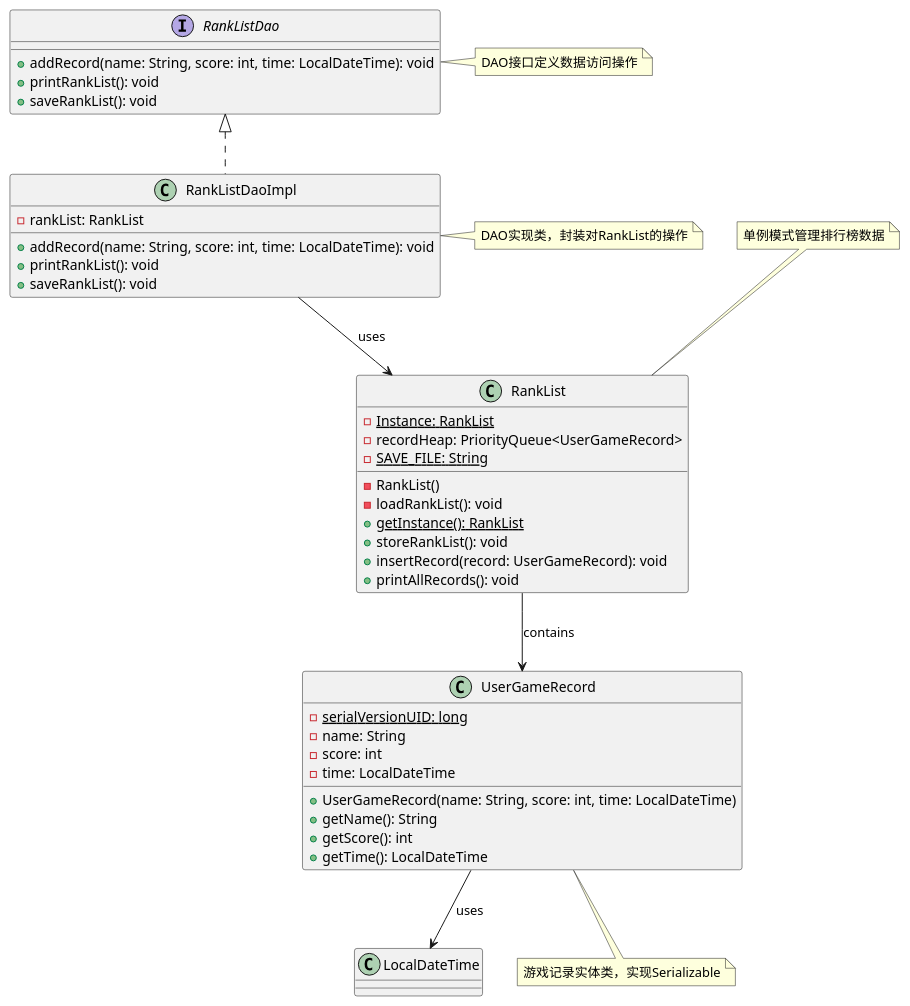
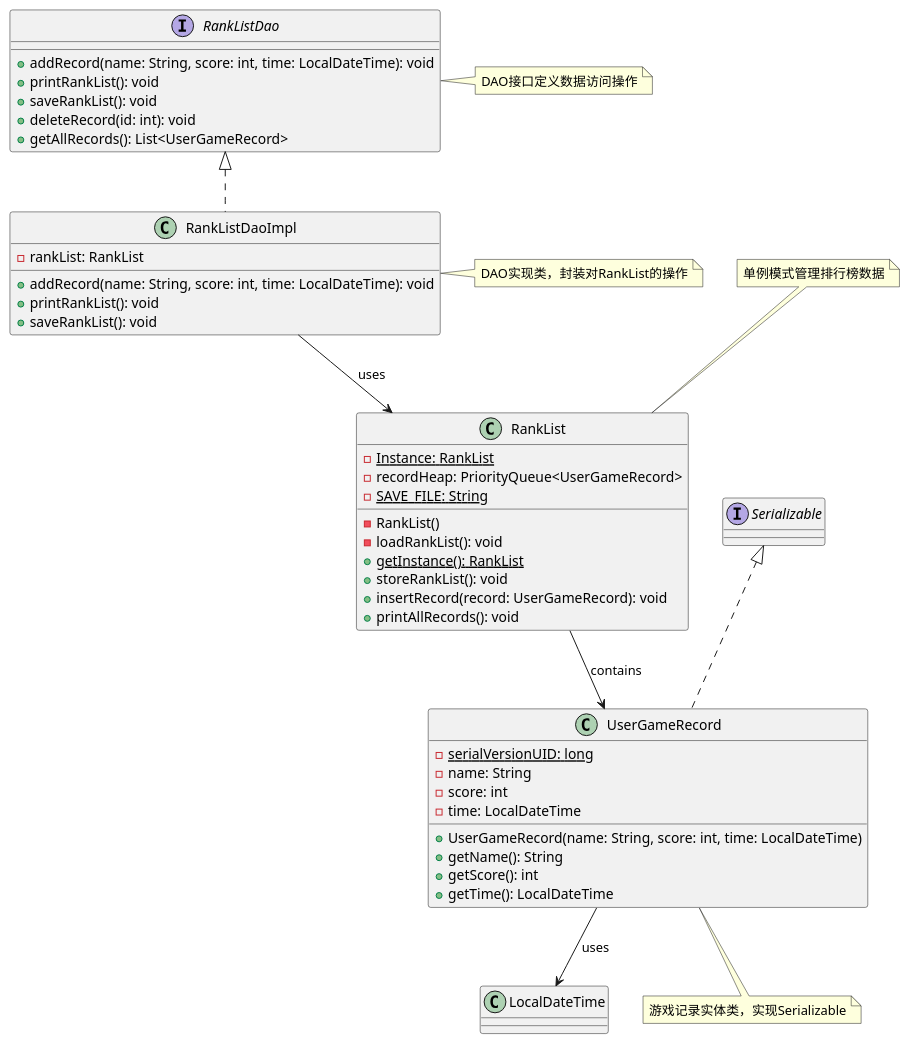
The diagram in uml/RankListDAOPattern.puml (lxtf1216/AircraftWar), drawn with PlantUML before and after one commit. The commit also changed 6 other files, not shown here.

```diff
--- a/uml/RankListDAOPattern.puml
+++ b/uml/RankListDAOPattern.puml
@@ -1,52 +1,54 @@
 @startuml RankListDAO模式类图
 
 interface RankListDao {
     + addRecord(name: String, score: int, time: LocalDateTime): void
     + printRankList(): void
     + saveRankList(): void
+    + deleteRecord(id: int): void
+    + getAllRecords(): List<UserGameRecord>
 }
 
 class RankListDaoImpl {
     - rankList: RankList
     + addRecord(name: String, score: int, time: LocalDateTime): void
     + printRankList(): void
     + saveRankList(): void
 }
 
 class RankList {
     - {static} Instance: RankList
     - recordHeap: PriorityQueue<UserGameRecord>
     - {static} SAVE_FILE: String
     - RankList()
     - loadRankList(): void
     + {static} getInstance(): RankList
     + storeRankList(): void
     + insertRecord(record: UserGameRecord): void
     + printAllRecords(): void
 }
 
-class UserGameRecord {
+class UserGameRecord implements Serializable {
     - {static} serialVersionUID: long
     - name: String
     - score: int
     - time: LocalDateTime
     + UserGameRecord(name: String, score: int, time: LocalDateTime)
     + getName(): String
     + getScore(): int
     + getTime(): LocalDateTime
 }
 
 class LocalDateTime {
 }
 
 RankListDao <|.. RankListDaoImpl
 RankListDaoImpl --> RankList : uses
 RankList --> UserGameRecord : contains
 UserGameRecord --> LocalDateTime : uses
 
 note right of RankListDao : DAO接口定义数据访问操作
 note right of RankListDaoImpl : DAO实现类，封装对RankList的操作
 note top of RankList : 单例模式管理排行榜数据
 note bottom of UserGameRecord : 游戏记录实体类，实现Serializable
 
 @enduml
```
